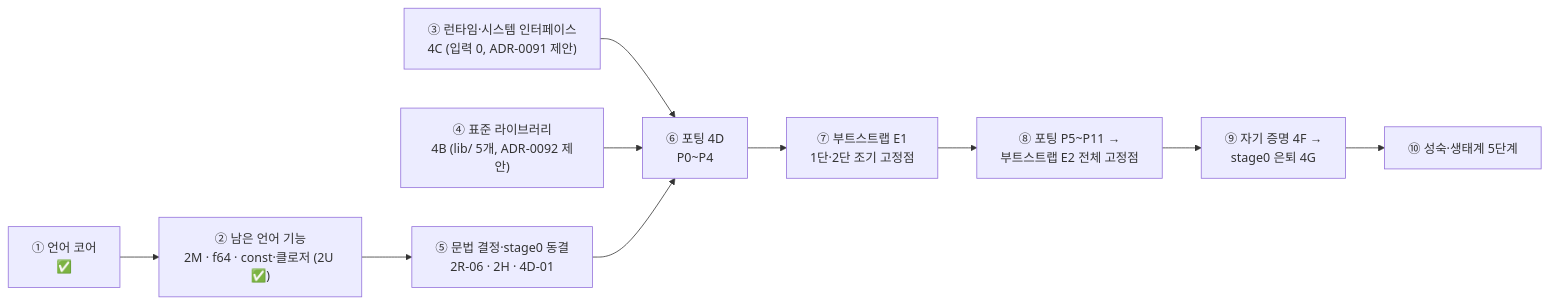
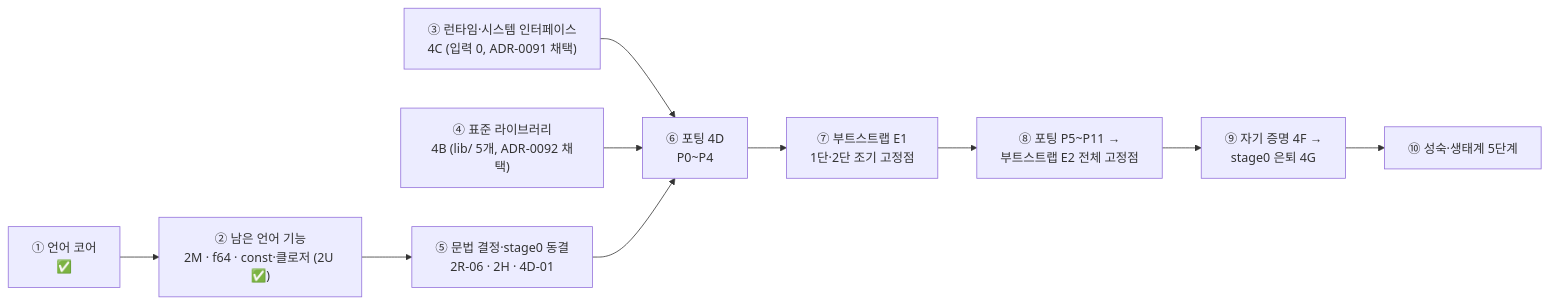
Before and after one commit to lang-bmb/lang-bmb: the second of 3 diagrams in docs/ROADMAP.md, drawn with Mermaid. The commit also changed other lines of this file and 12 other files, not shown here.

````diff
--- a/docs/ROADMAP.md
+++ b/docs/ROADMAP.md
@@ -58,10 +58,10 @@
 ```mermaid
 flowchart LR
     L1["① 언어 코어<br/>✅"] --> L2["② 남은 언어 기능<br/>2M · f64 · const·클로저 (2U ✅)"]
     L2 --> L5
-    L3["③ 런타임·시스템 인터페이스<br/>4C (입력 0, ADR-0091 제안)"] --> L6
-    L4["④ 표준 라이브러리<br/>4B (lib/ 5개, ADR-0092 제안)"] --> L6
+    L3["③ 런타임·시스템 인터페이스<br/>4C (입력 0, ADR-0091 채택)"] --> L6
+    L4["④ 표준 라이브러리<br/>4B (lib/ 5개, ADR-0092 채택)"] --> L6
     L5["⑤ 문법 결정·stage0 동결<br/>2R-06 · 2H · 4D-01"] --> L6["⑥ 포팅 4D<br/>P0~P4"]
     L6 --> L7["⑦ 부트스트랩 E1<br/>1단·2단 조기 고정점"] --> L8["⑧ 포팅 P5~P11 →<br/>부트스트랩 E2 전체 고정점"]
     L8 --> L9["⑨ 자기 증명 4F →<br/>stage0 은퇴 4G"] --> L10["⑩ 성숙·생태계 5단계"]
 ```
````
